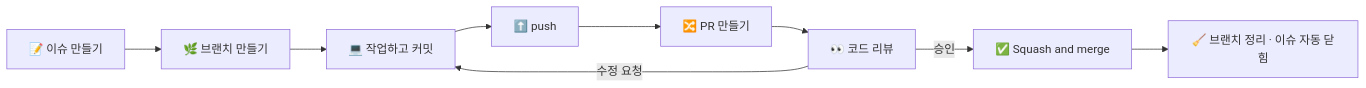
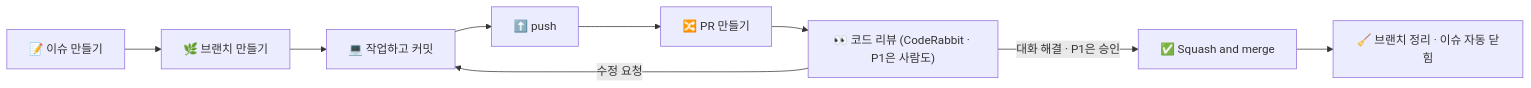
Before and after one commit to eulji-staff-only/vibelog: the diagram in README.md, drawn with Mermaid. The commit also changed other lines of this file and 9 other files, not shown here.

````diff
--- a/README.md
+++ b/README.md
@@ -80,11 +80,11 @@
 ```mermaid
 flowchart LR
     A["📝 이슈 만들기"] --> B["🌿 브랜치 만들기"]
     B --> C["💻 작업하고 커밋"]
     C --> D["⬆️ push"]
     D --> E["🔀 PR 만들기"]
-    E --> F["👀 코드 리뷰"]
+    E --> F["👀 코드 리뷰 (CodeRabbit · P1은 사람도)"]
     F -- "수정 요청" --> C
-    F -- "승인" --> G["✅ Squash and merge"]
+    F -- "대화 해결 · P1은 승인" --> G["✅ Squash and merge"]
     G --> H["🧹 브랜치 정리 · 이슈 자동 닫힘"]
 ```
````
